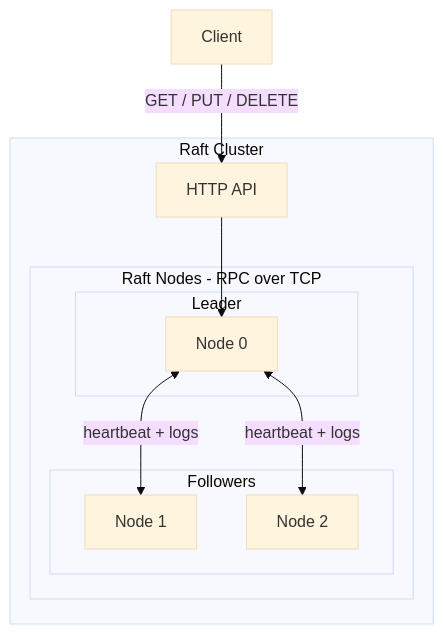
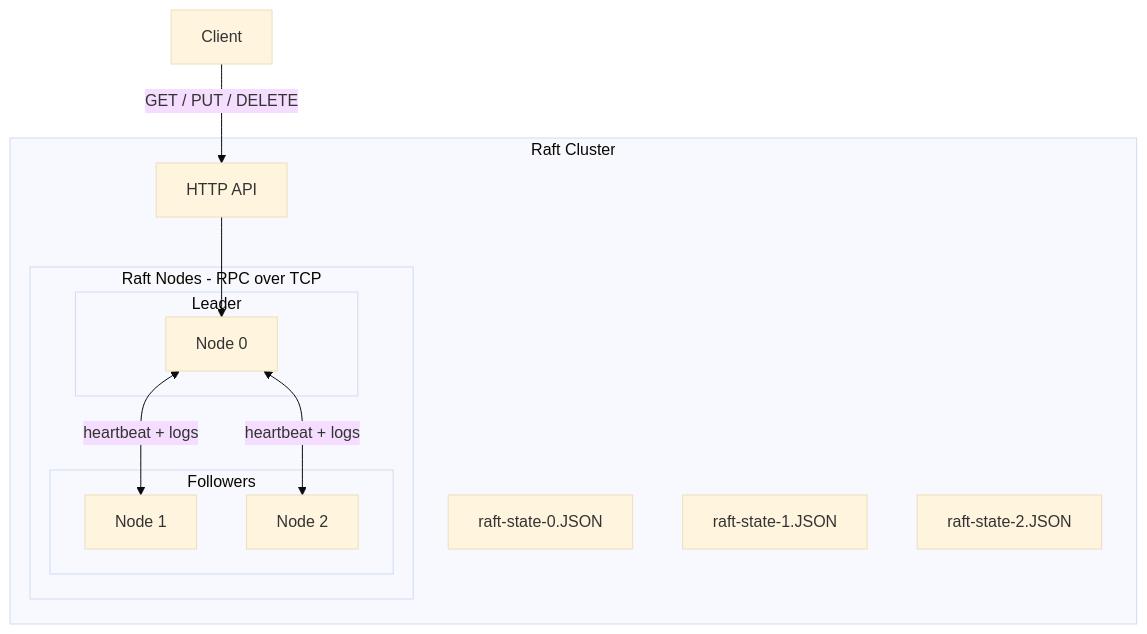
The diagram in README.md (J-Hwang7/raft-kv), drawn with Mermaid (base theme) before and after one commit.

````diff
--- a/README.md
+++ b/README.md
@@ -42,26 +42,29 @@
 ```mermaid
 flowchart TB
     Client["Client"]
 
     subgraph Cluster["Raft Cluster"]
         API["HTTP API"]
 
         subgraph Raft["Raft Nodes - RPC over TCP"]
            subgraph Leader["Leader"]
                 N0["Node 0"]
             end
             subgraph Follower["Followers"]
                 N1["Node 1"]
                 N2["Node 2"]
             end
         end
 
+    State0["raft-state-0.JSON"]
+    State1["raft-state-1.JSON"]
+    State2["raft-state-2.JSON"]
     end
 
     Client -->|"GET / PUT / DELETE"| API
     API --> N0
 
     N0 <-->|"heartbeat + logs"| N1
     N0 <-->|"heartbeat + logs"| N2 
 
 ```
````
